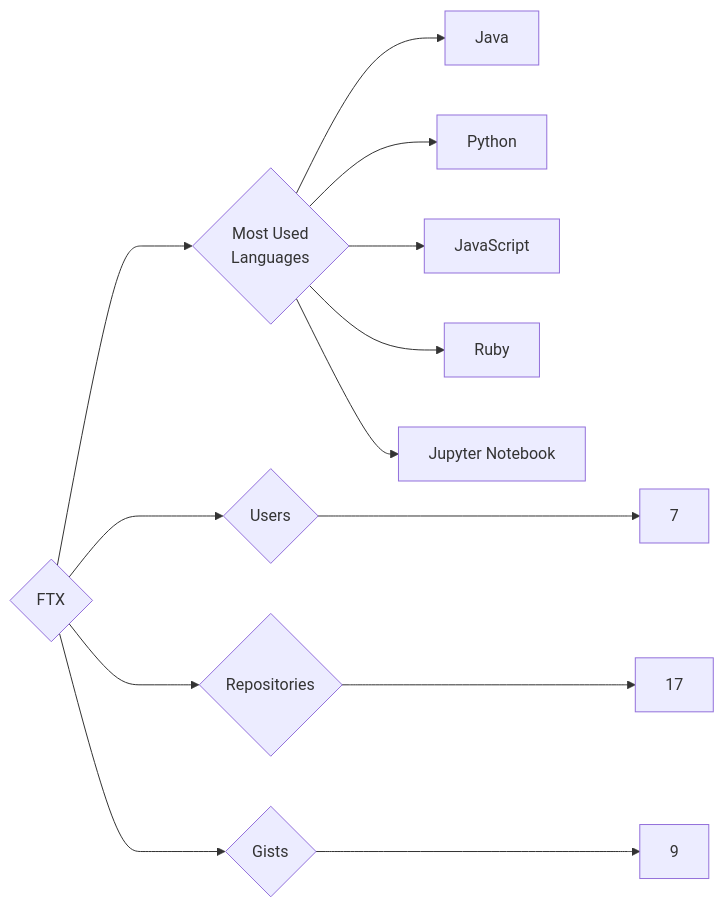
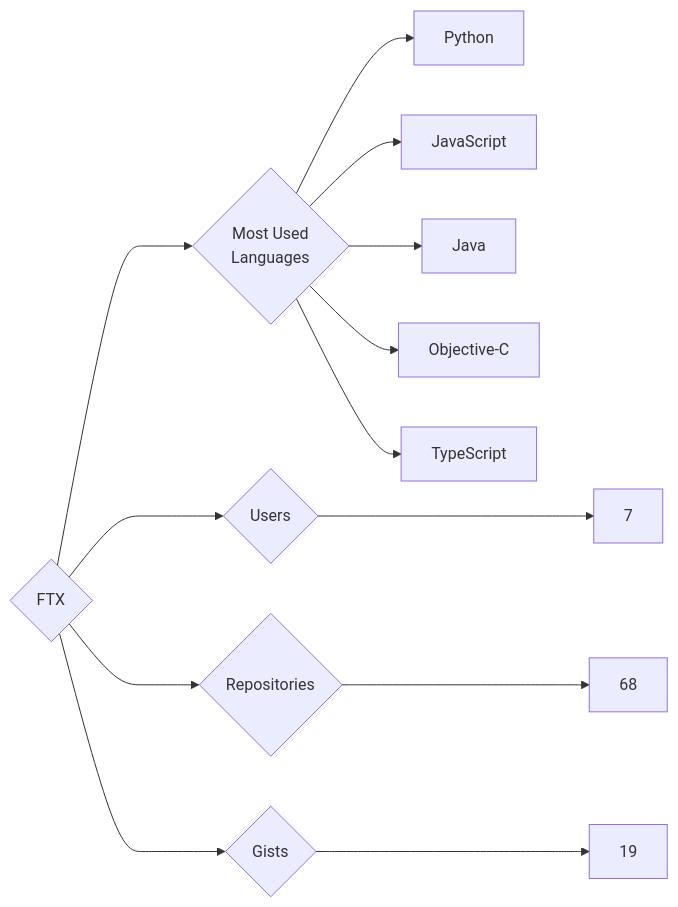
One commit to trickest/insiders changed the diagram in targets/FTX/README.md. Above: the diagram before and after it, drawn with Mermaid. The commit also changed 1195 other files, not shown here.

````diff
--- a/targets/FTX/README.md
+++ b/targets/FTX/README.md
@@ -3,13 +3,13 @@
 ```mermaid
 graph LR
 COMPANY_NAME{FTX}
 COMPANY_NAME ---> U{Users} ---> UN[7]
-COMPANY_NAME ---> R{Repositories} ---> RN[17]
-COMPANY_NAME ---> G{Gists} ---> GN[9]
+COMPANY_NAME ---> R{Repositories} ---> RN[68]
+COMPANY_NAME ---> G{Gists} ---> GN[19]
 COMPANY_NAME ---> ML{Most Used<br>Languages}
-ML --> Java[Java]
 ML --> Python[Python]
 ML --> JavaScript[JavaScript]
-ML --> Ruby[Ruby]
-ML --> Jupyter_Notebook[Jupyter Notebook]
+ML --> Java[Java]
+ML --> Objective-C[Objective-C]
+ML --> TypeScript[TypeScript]
 ```
````
